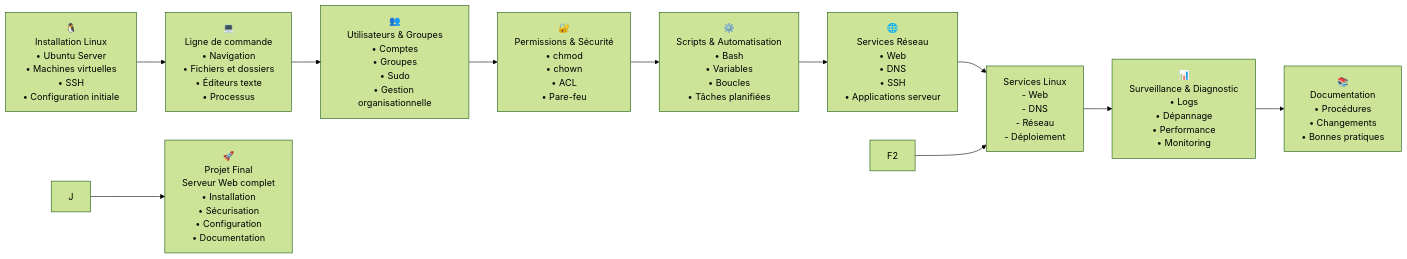
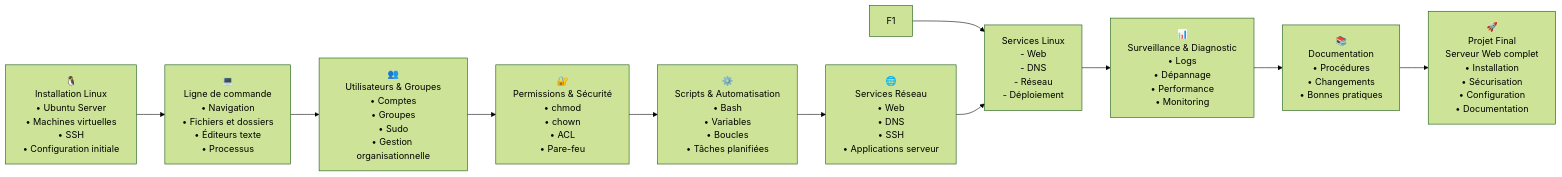
Before and after one commit to CollegeBoreal/INF1085-201-26A-04: the third of 4 diagrams in 0.PlanDeCours/README.md, drawn with Mermaid (forest theme).

Commit message:
Update flowchart connections in README.md

```diff
--- a/0.PlanDeCours/README.md
+++ b/0.PlanDeCours/README.md
@@ -148,7 +148,7 @@
 • Tâches planifiées
 "]
 
-E --> F1["🌐
+E --> F2["🌐
 Services Réseau
 • Web
 • DNS
@@ -174,7 +174,6 @@
 • Monitoring
 "]
 
-
 H --> I["📚
 Documentation
 • Procédures
@@ -182,7 +181,7 @@
 • Bonnes pratiques
 "]
 
-J --> K["🚀
+I --> J["🚀
 Projet Final
 Serveur Web complet
 • Installation
```
